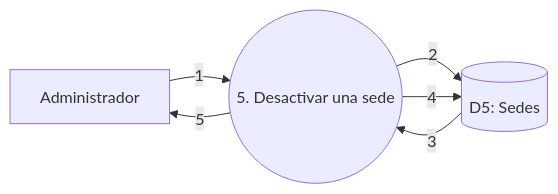
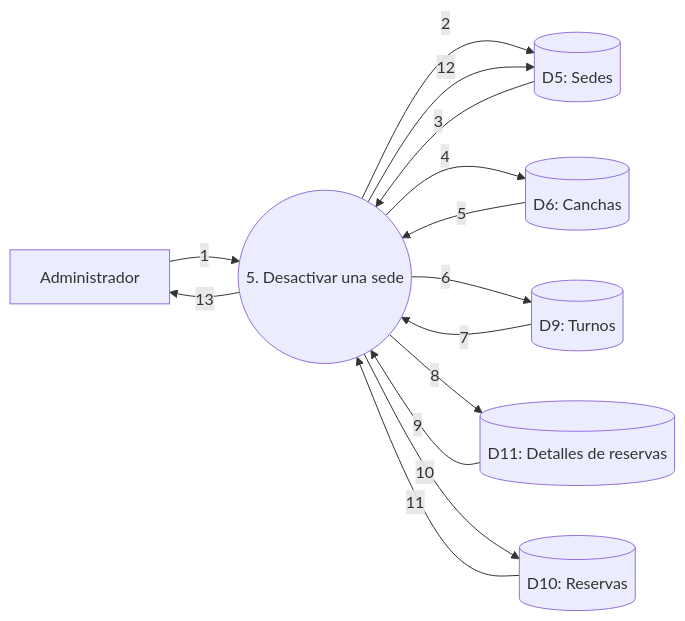
One commit to fasempertegui/Matchpoint-Taller changed the fifth of 33 diagrams in docs/DFD.md. Above: the diagram before and after it, drawn with Mermaid. The commit also changed other lines of this file and 5 other files, not shown here.

Commit message:
Ahora no se pueden desactivar sedes ni canchas si existen reservas programadas: deben ser completadas o anuladas primero

````diff
--- a/docs/DFD.md
+++ b/docs/DFD.md
@@ -126,12 +126,24 @@
 ```mermaid
 flowchart LR
     A[Administrador]
     P((5. Desactivar una sede))
     D5[(D5: Sedes)]
+    D6[(D6: Canchas)]
+    D9[(D9: Turnos)]
+    D10[(D10: Reservas)]
+    D11[(D11: Detalles de reservas)]
 
     A -->|1| P
     P -->|2| D5
     D5 -->|3| P
-    P -->|4| D5
-    P -->|5| A
+    P -->|4| D6
+    D6 -->|5| P
+    P -->|6| D9
+    D9 -->|7| P
+    P -->|8| D11
+    D11 -->|9| P
+    P -->|10| D10
+    D10 -->|11| P
+    P -->|12| D5
+    P -->|13| A
 ```
````
